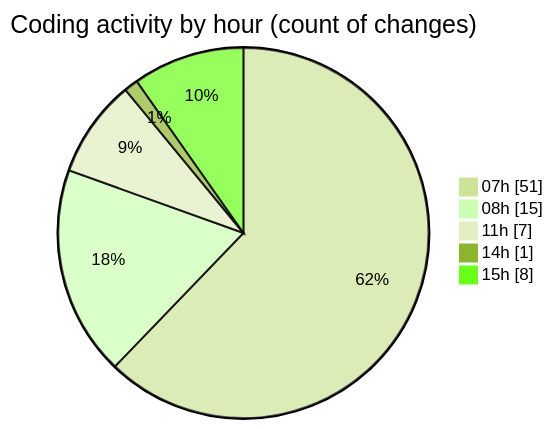
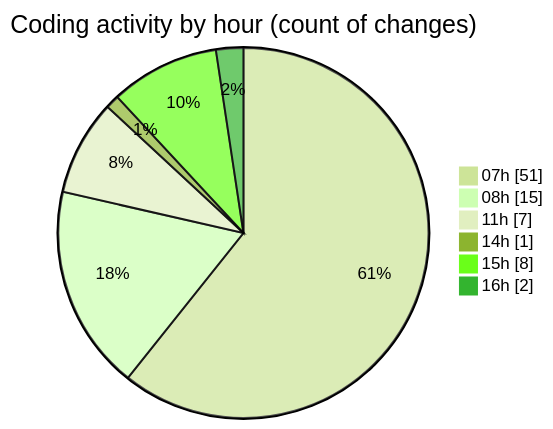
The second of 2 diagrams in 2025-01-17/mbc-web/README.md (robertbonfada/code-tracking), drawn with Mermaid (forest theme) before and after one commit. The commit also changed other lines of this file and 1 other file, not shown here.

````diff
--- a/2025-01-17/mbc-web/README.md
+++ b/2025-01-17/mbc-web/README.md
@@ -46,9 +46,10 @@
 ```mermaid
 pie showData
 title Coding activity by hour (count of changes)
 "07h" : 51
 "08h" : 15
 "11h" : 7
 "14h" : 1
 "15h" : 8
+"16h" : 2
 ```
````
